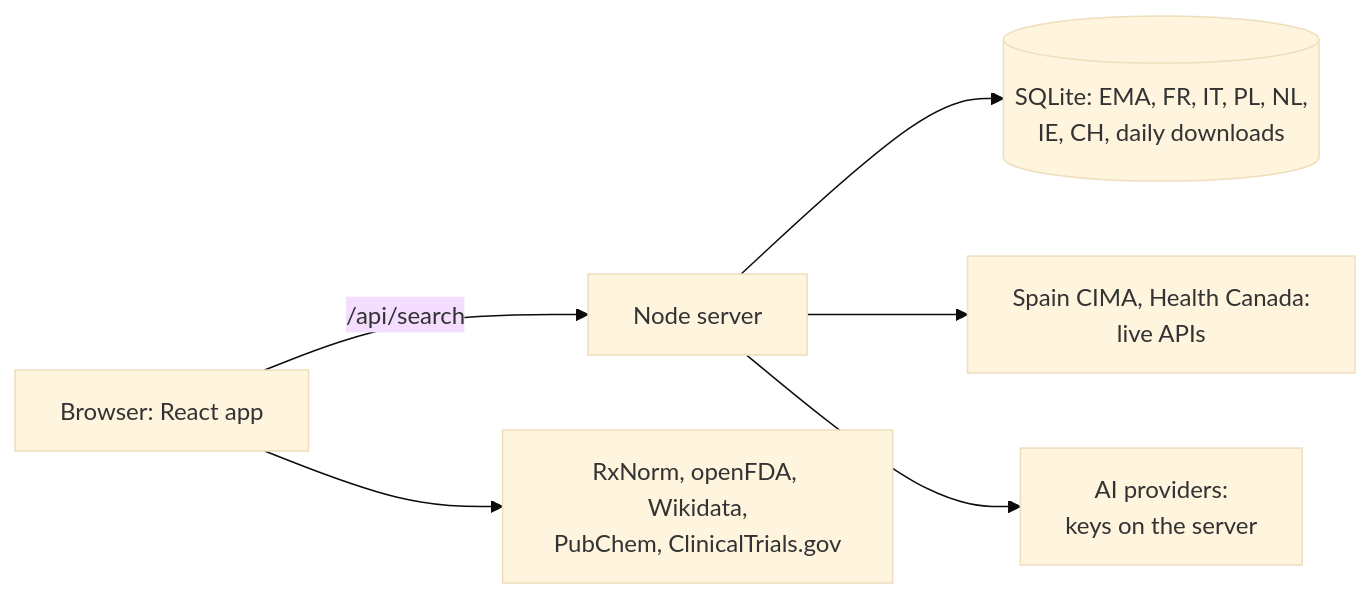
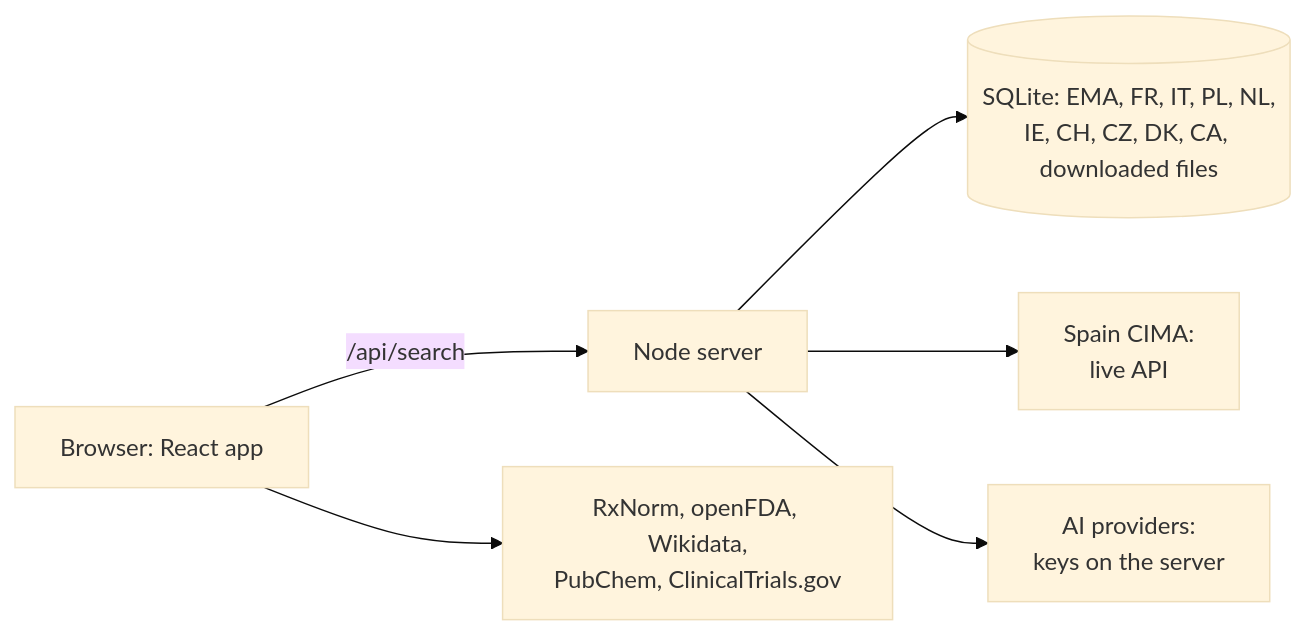
One commit to andreibesleaga/medicine-finder changed the diagram in README.md. Above: the diagram before and after it, drawn with Mermaid (base theme). The commit also changed other lines of this file and 25 other files, not shown here.

Commit message:
v2.2.0: Czech Republic and Denmark data; Canada from Health Canada's monthly extract with HEALTH_CANADA switch; Railway volume and config as code (.railway/railway.ts) (#80)

````diff
--- a/README.md
+++ b/README.md
@@ -48,8 +48,8 @@
 ```mermaid
 flowchart LR
   U[Browser: React app] -->|/api/search| S[Node server]
   U --> O[RxNorm, openFDA, Wikidata,<br/>PubChem, ClinicalTrials.gov]
-  S --> E[(SQLite: EMA, FR, IT, PL, NL,<br/>IE, CH, daily downloads)]
-  S --> L[Spain CIMA, Health Canada:<br/>live APIs]
+  S --> E[(SQLite: EMA, FR, IT, PL, NL,<br/>IE, CH, CZ, DK, CA, downloaded files)]
+  S --> L[Spain CIMA:<br/>live API]
   S --> A[AI providers:<br/>keys on the server]
 ```
````
